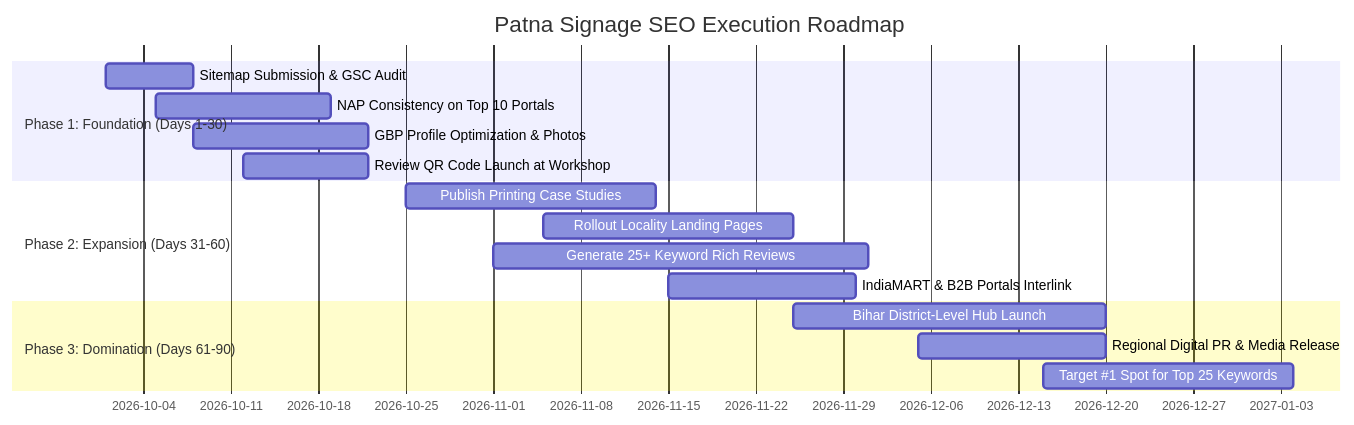
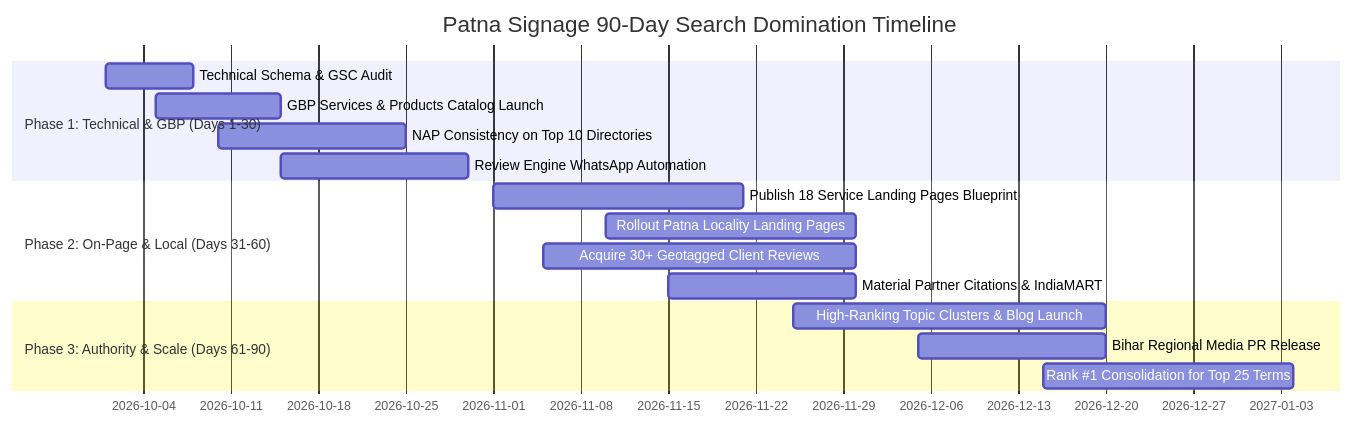
One commit to Golujs2000/patna-signage changed the diagram in SEO_MASTER_RANKING_PLAN.md. Above: the diagram before and after it, drawn with Mermaid. The commit also changed other lines of this file and 24 other files, not shown here.

Commit message:
feat: add signage services data, service detail pages, and update SEO guides

````diff
--- a/SEO_MASTER_RANKING_PLAN.md
+++ b/SEO_MASTER_RANKING_PLAN.md
@@ -223,19 +943,19 @@
 ```mermaid
 gantt
-    title Patna Signage SEO Execution Roadmap
+    title Patna Signage 90-Day Search Domination Timeline
     dateFormat  YYYY-MM-DD
-    section Phase 1: Foundation (Days 1-30)
-    Sitemap Submission & GSC Audit      :2026-10-01, 7d
-    NAP Consistency on Top 10 Portals   :2026-10-05, 14d
-    GBP Profile Optimization & Photos   :2026-10-08, 14d
-    Review QR Code Launch at Workshop   :2026-10-12, 10d
-    section Phase 2: Expansion (Days 31-60)
-    Publish Printing Case Studies       :2026-10-25, 20d
-    Rollout Locality Landing Pages      :2026-11-05, 20d
-    Generate 25+ Keyword Rich Reviews   :2026-11-01, 30d
-    IndiaMART & B2B Portals Interlink   :2026-11-15, 15d
-    section Phase 3: Domination (Days 61-90)
-    Bihar District-Level Hub Launch     :2026-11-25, 25d
-    Regional Digital PR & Media Release :2026-12-05, 15d
-    Target #1 Spot for Top 25 Keywords  :2026-12-15, 20d
+    section Phase 1: Technical & GBP (Days 1-30)
+    Technical Schema & GSC Audit            :2026-10-01, 7d
+    GBP Services & Products Catalog Launch  :2026-10-05, 10d
+    NAP Consistency on Top 10 Directories   :2026-10-10, 15d
+    Review Engine WhatsApp Automation       :2026-10-15, 15d
+    section Phase 2: On-Page & Local (Days 31-60)
+    Publish 18 Service Landing Pages Blueprint :2026-11-01, 20d
+    Rollout Patna Locality Landing Pages    :2026-11-10, 20d
+    Acquire 30+ Geotagged Client Reviews    :2026-11-05, 25d
+    Material Partner Citations & IndiaMART :2026-11-15, 15d
+    section Phase 3: Authority & Scale (Days 61-90)
+    High-Ranking Topic Clusters & Blog Launch :2026-11-25, 25d
+    Bihar Regional Media PR Release         :2026-12-05, 15d
+    Rank #1 Consolidation for Top 25 Terms  :2026-12-15, 20d
 ```
````
